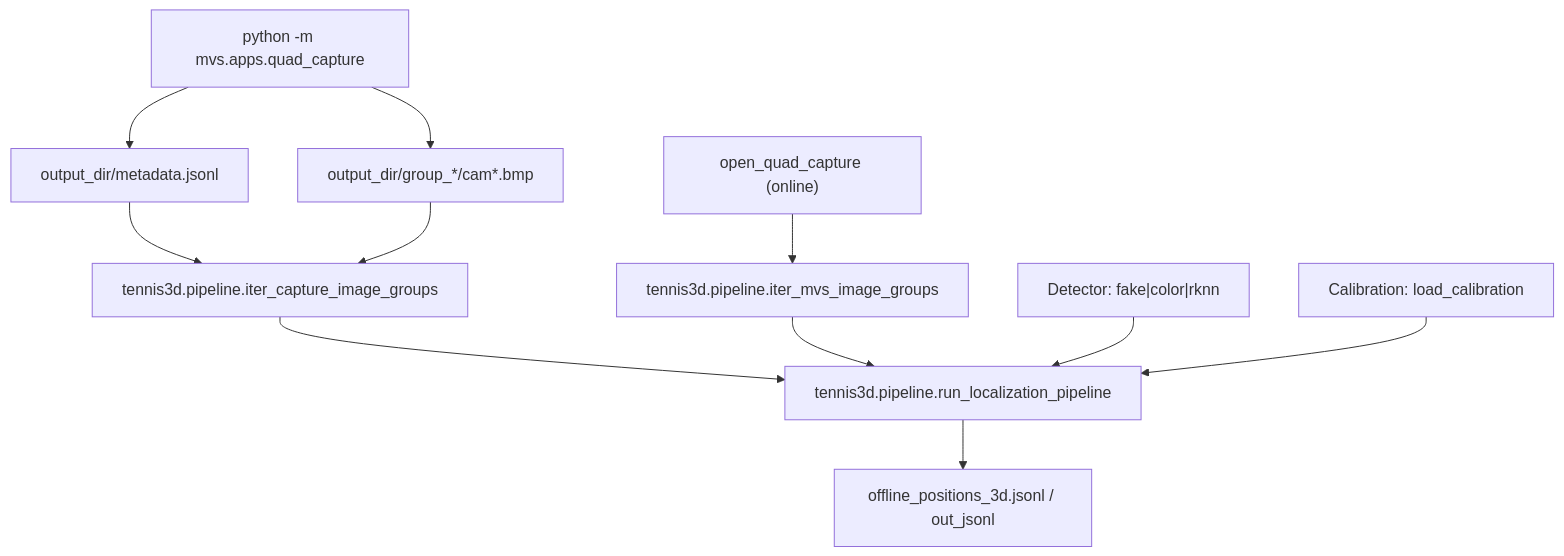
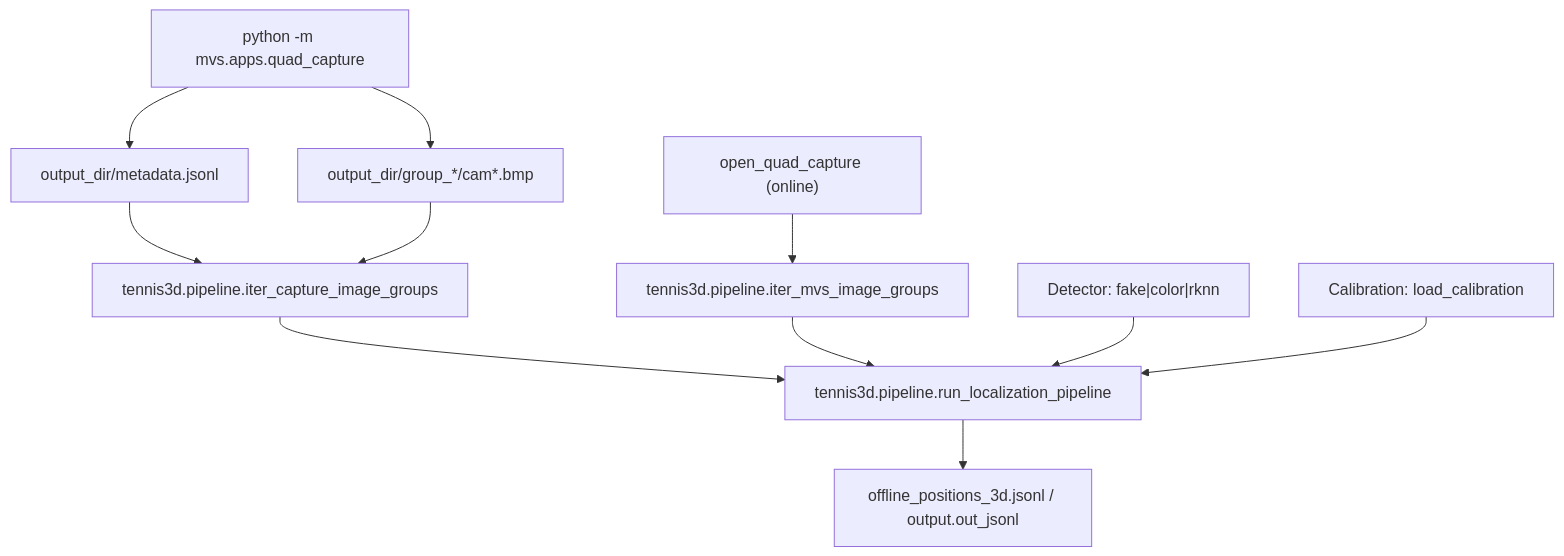
One commit to JiashuoAsh/mvs_tennis changed the diagram in docs/architecture-and-dataflow.md. Above: the diagram before and after it, drawn with Mermaid. The commit also changed other lines of this file and 75 other files, not shown here.

````diff
--- a/docs/architecture-and-dataflow.md
+++ b/docs/architecture-and-dataflow.md
@@ -52,18 +52,18 @@
 ```mermaid
 flowchart TD
   A["python -m mvs.apps.quad_capture"] --> B["output_dir/metadata.jsonl"]
   A --> C["output_dir/group_*/cam*.bmp"]
 
   B --> D["tennis3d.pipeline.iter_capture_image_groups"]
   C --> D
 
   E["open_quad_capture (online)"] --> F["tennis3d.pipeline.iter_mvs_image_groups"]
 
   D --> G["tennis3d.pipeline.run_localization_pipeline"]
   F --> G
 
   H["Detector: fake|color|rknn"] --> G
   I["Calibration: load_calibration"] --> G
 
-  G --> J["offline_positions_3d.jsonl / out_jsonl"]
+  G --> J["offline_positions_3d.jsonl / output.out_jsonl"]
 ```
````
